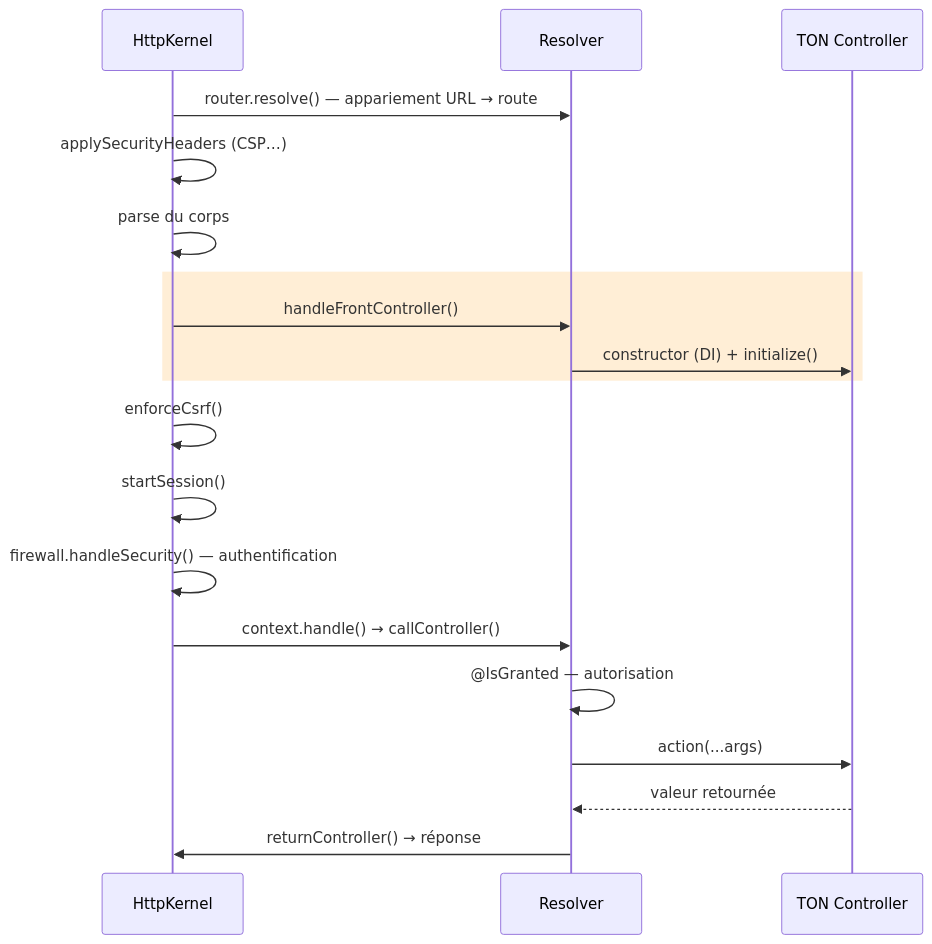
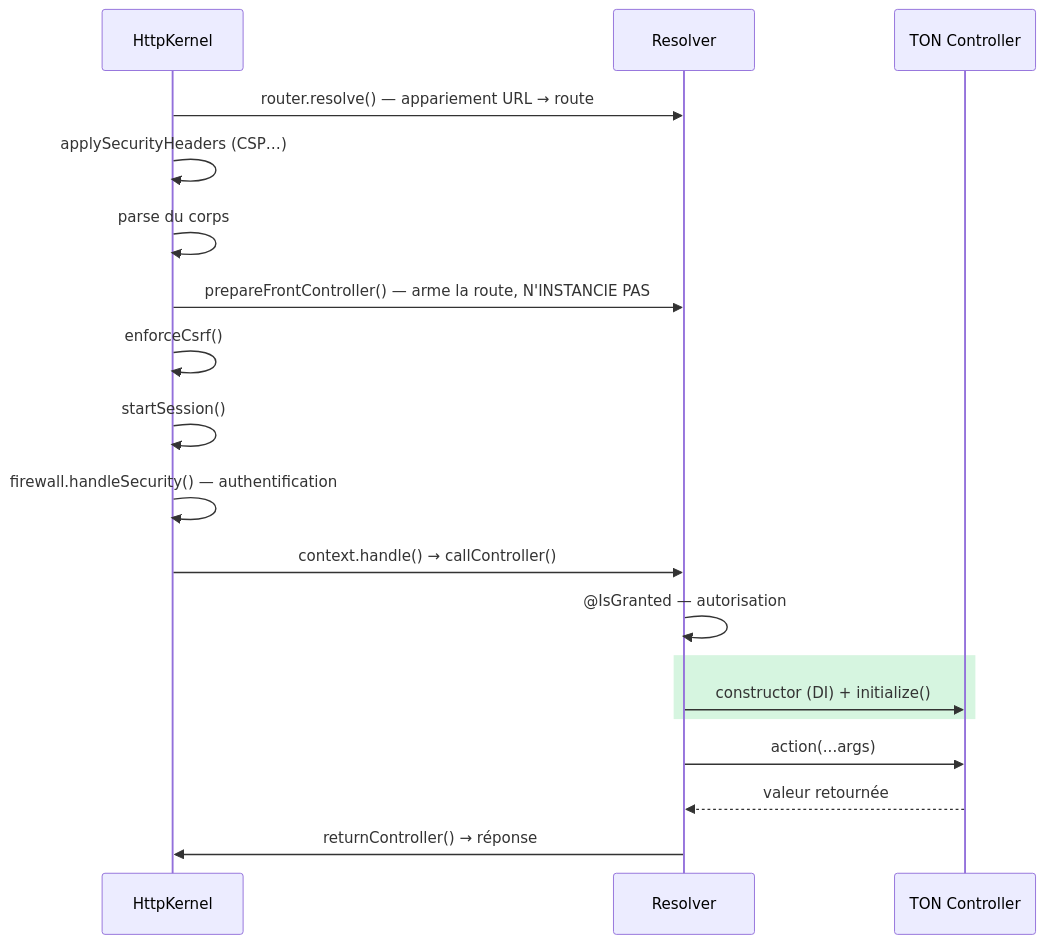
Before and after one commit to nodefony/nodefony-core: the second of 2 diagrams in src/packages/@nodefony/framework/docs/controller.md, drawn with Mermaid. The commit also changed other lines of this file and 17 other files, not shown here.

````diff
--- a/src/packages/@nodefony/framework/docs/controller.md
+++ b/src/packages/@nodefony/framework/docs/controller.md
@@ -172,21 +172,21 @@
 ```mermaid
 sequenceDiagram
   participant K as HttpKernel
   participant R as Resolver
   participant C as TON Controller
   K->>R: router.resolve() — appariement URL → route
   K->>K: applySecurityHeaders (CSP…)
   K->>K: parse du corps
-  rect rgb(255, 238, 214)
-    K->>R: handleFrontController()
-    R->>C: constructor (DI) + initialize()
-  end
+  K->>R: prepareFrontController() — arme la route, N'INSTANCIE PAS
   K->>K: enforceCsrf()
   K->>K: startSession()
   K->>K: firewall.handleSecurity() — authentification
   K->>R: context.handle() → callController()
   R->>R: @IsGranted — autorisation
+  rect rgb(214, 245, 224)
+    R->>C: constructor (DI) + initialize()
+  end
   R->>C: action(...args)
   C-->>R: valeur retournée
   R->>K: returnController() → réponse
 ```
````
